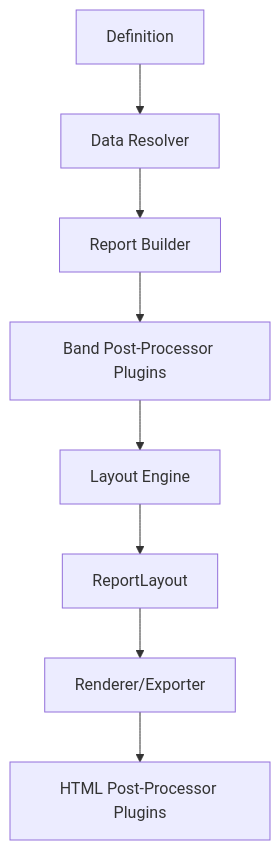
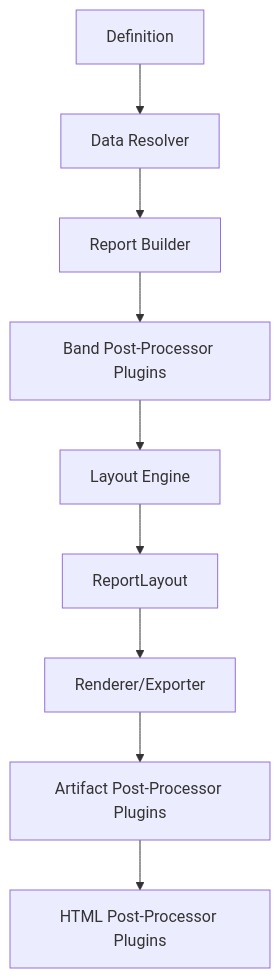
The diagram in docs/07-extension-points.md (Netcodr81/kinetic-reports), drawn with Mermaid before and after one commit. The commit also changed other lines of this file and 27 other files, not shown here.

````diff
--- a/docs/07-extension-points.md
+++ b/docs/07-extension-points.md
@@ -21,10 +24,11 @@
 ```mermaid
 flowchart TB
 	A[Definition] --> B[Data Resolver]
 	B --> C[Report Builder]
 	C --> D[Band Post-Processor Plugins]
 	D --> E[Layout Engine]
 	E --> F[ReportLayout]
 	F --> G[Renderer/Exporter]
-	G --> H[HTML Post-Processor Plugins]
+	G --> H[Artifact Post-Processor Plugins]
+	H --> I[HTML Post-Processor Plugins]
 ```
````
